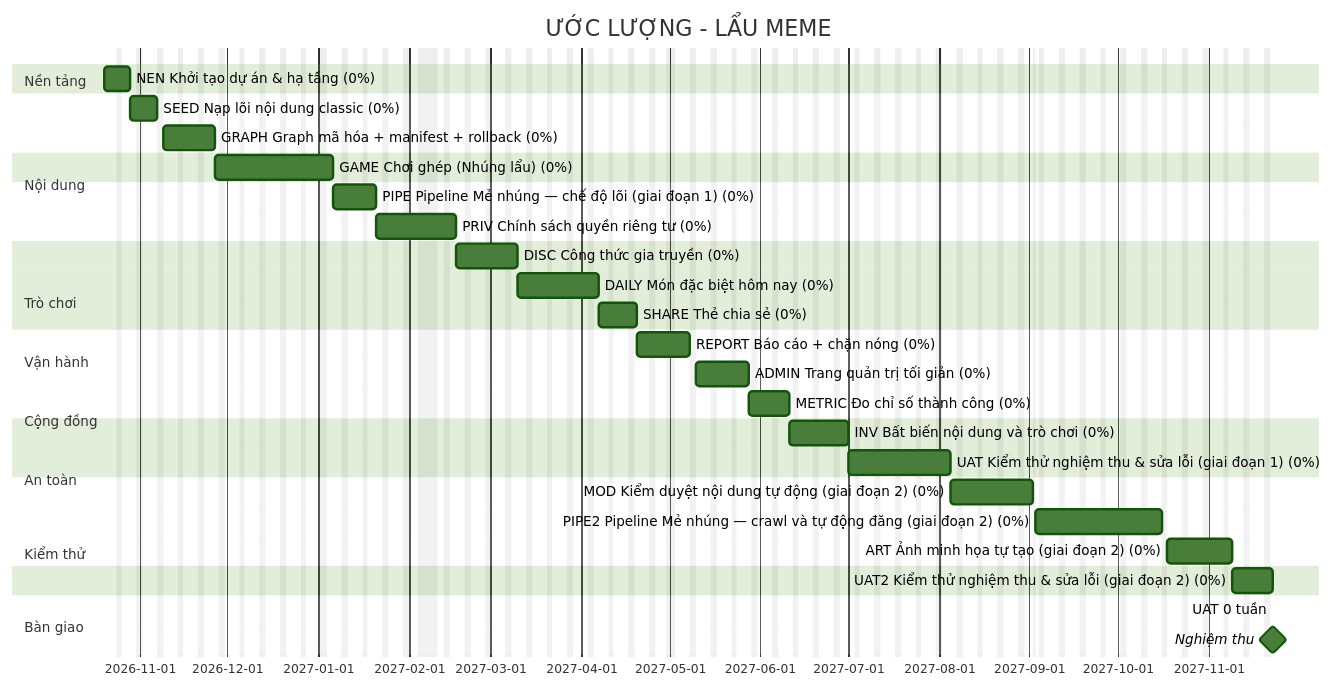
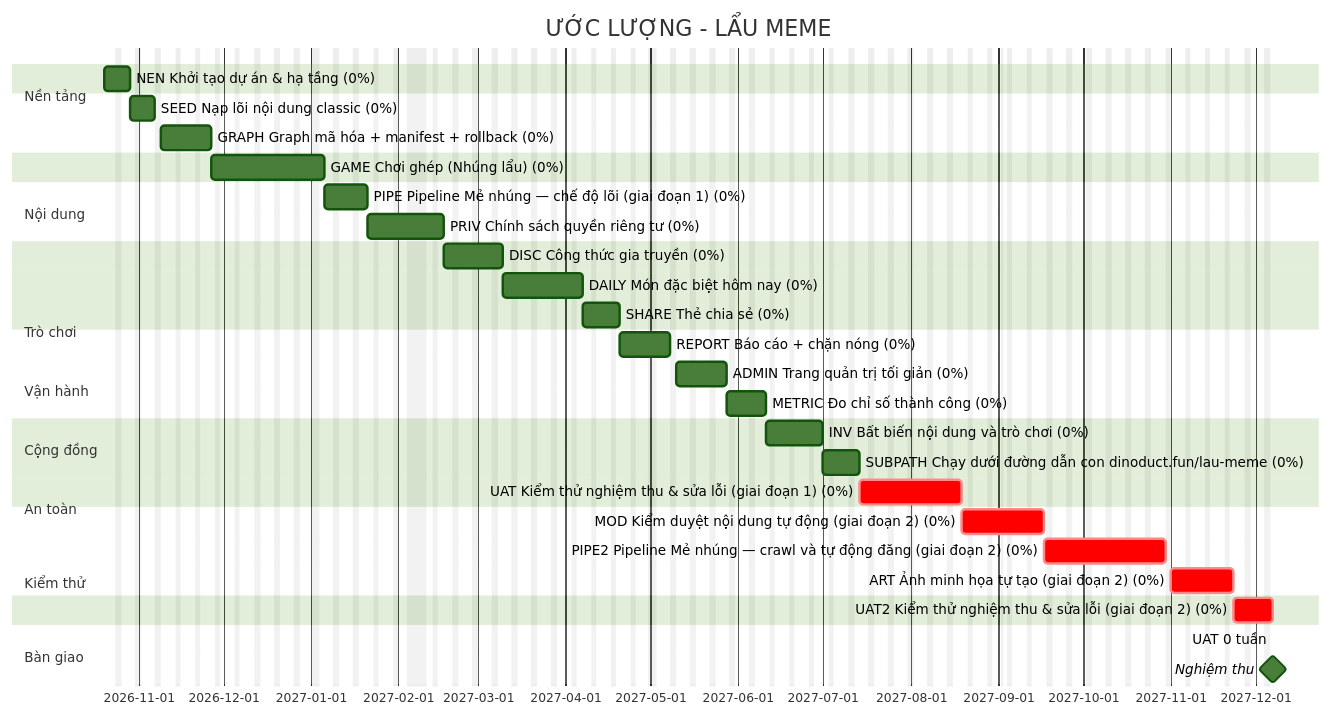
One commit to thucnq/lau-meme changed the diagram in docs/plan/gantt.md. Above: the diagram before and after it, drawn with Mermaid (forest theme). The commit also changed other lines of this file and 6 other files, not shown here.

First line of the commit message:
plan(subpath): thêm SUBPATH (4 điểm) vào phạm vi và ước lượng; UAT giai đoạn 1 = 11,5; lập lại lịch

````diff
--- a/docs/plan/gantt.md
+++ b/docs/plan/gantt.md
@@ -5,41 +5,44 @@
 ```mermaid
 gantt
     title ƯỚC LƯỢNG - LẨU MEME
     dateFormat YYYY-MM-DD
     excludes weekends, 2027-01-01, 2027-02-04, 2027-02-05, 2027-02-06, 2027-02-07, 2027-02-08, 2027-02-09, 2027-02-10, 2027-04-30, 2027-05-01, 2027-09-02, 2028-01-01
     todayMarker stroke-width:2px,stroke:#d33
     section Nền tảng
     NEN Khởi tạo dự án & hạ tầng (0%) :NEN, 2026-10-20, 7d
     section Nội dung
     SEED Nạp lõi nội dung classic (0%) :SEED, 2026-10-29, 7d
     GRAPH Graph mã hóa + manifest + rollback (0%) :GRAPH, 2026-11-09, 14d
     section Trò chơi
     GAME Chơi ghép (Nhúng lẩu) (0%) :GAME, 2026-11-27, 27d
     section Nội dung
     PIPE Pipeline Mẻ nhúng — chế độ lõi (giai đoạn 1) (0%) :PIPE, 2027-01-06, 11d
     section Vận hành
     PRIV Chính sách quyền riêng tư (0%) :PRIV, 2027-01-21, 14d
     section Cộng đồng
     DISC Công thức gia truyền (0%) :DISC, 2027-02-17, 15d
     section Trò chơi
     DAILY Món đặc biệt hôm nay (0%) :DAILY, 2027-03-10, 20d
     section Cộng đồng
     SHARE Thẻ chia sẻ (0%) :SHARE, 2027-04-07, 9d
     section An toàn
     REPORT Báo cáo + chặn nóng (0%) :REPORT, 2027-04-20, 13d
     ADMIN Trang quản trị tối giản (0%) :ADMIN, 2027-05-10, 14d
     section Vận hành
     METRIC Đo chỉ số thành công (0%) :METRIC, 2027-05-28, 10d
     section Kiểm thử
     INV Bất biến nội dung và trò chơi (0%) :INV, 2027-06-11, 14d
-    UAT Kiểm thử nghiệm thu & sửa lỗi (giai đoạn 1) (0%) :UAT, 2027-07-01, 25d
+    section Nền tảng
+    SUBPATH Chạy dưới đường dẫn con dinoduct.fun/lau-meme (0%) :SUBPATH, 2027-07-01, 9d
+    section Kiểm thử
+    UAT Kiểm thử nghiệm thu & sửa lỗi (giai đoạn 1) (0%) :crit, UAT, 2027-07-14, 26d
     section Nội dung
-    MOD Kiểm duyệt nội dung tự động (giai đoạn 2) (0%) :MOD, 2027-08-05, 20d
-    PIPE2 Pipeline Mẻ nhúng — crawl và tự động đăng (giai đoạn 2) (0%) :PIPE2, 2027-09-03, 31d
-    ART Ảnh minh họa tự tạo (giai đoạn 2) (0%) :ART, 2027-10-18, 16d
+    MOD Kiểm duyệt nội dung tự động (giai đoạn 2) (0%) :crit, MOD, 2027-08-19, 20d
+    PIPE2 Pipeline Mẻ nhúng — crawl và tự động đăng (giai đoạn 2) (0%) :crit, PIPE2, 2027-09-17, 31d
+    ART Ảnh minh họa tự tạo (giai đoạn 2) (0%) :crit, ART, 2027-11-01, 16d
     section Kiểm thử
-    UAT2 Kiểm thử nghiệm thu & sửa lỗi (giai đoạn 2) (0%) :UAT2, 2027-11-09, 10d
+    UAT2 Kiểm thử nghiệm thu & sửa lỗi (giai đoạn 2) (0%) :crit, UAT2, 2027-11-23, 10d
     section Bàn giao
-    UAT 0 tuần :uat, 2027-11-23, 0d
-    Nghiệm thu :milestone, 2027-11-23, 0d
+    UAT 0 tuần :uat, 2027-12-07, 0d
+    Nghiệm thu :milestone, 2027-12-07, 0d
 ```
````
